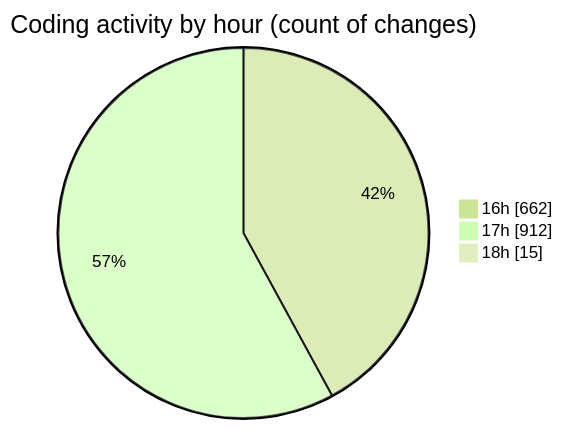
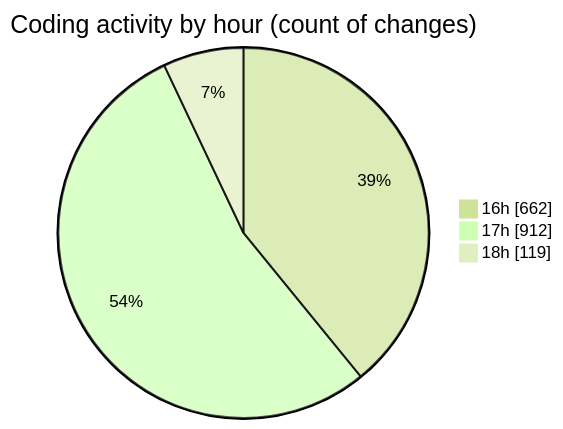
Before and after one commit to nxtqubesakshisongat/code-tracking: the second of 2 diagrams in 2025-04-11/nxtqube_webapp/README.md, drawn with Mermaid (forest theme). The commit also changed other lines of this file and 1 other file, not shown here.

````diff
--- a/2025-04-11/nxtqube_webapp/README.md
+++ b/2025-04-11/nxtqube_webapp/README.md
@@ -35,7 +35,7 @@
 ```mermaid
 pie showData
 title Coding activity by hour (count of changes)
 "16h" : 662
 "17h" : 912
-"18h" : 15
+"18h" : 119
 ```
````
